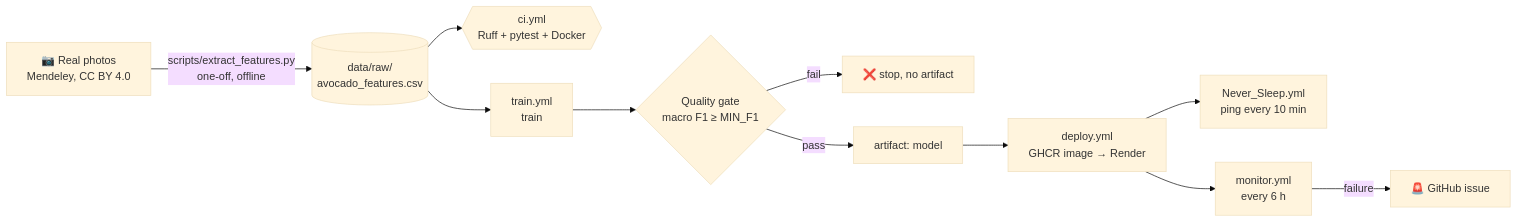
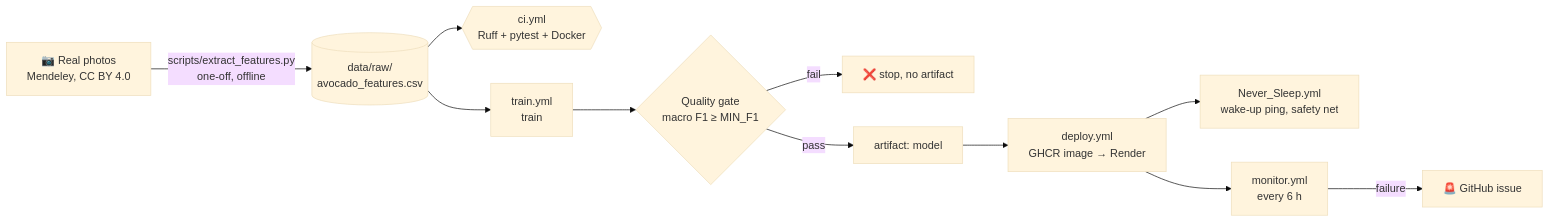
The diagram in docs/architecture.md (ALEMDJOU/ProjetGitHubDevDay), drawn with Mermaid (base theme) before and after one commit. The commit also changed other lines of this file and 5 other files, not shown here.

````diff
--- a/docs/architecture.md
+++ b/docs/architecture.md
@@ -5,13 +5,13 @@
 ```mermaid
 flowchart LR
     A[📷 Real photos<br/>Mendeley, CC BY 4.0] -->|scripts/extract_features.py<br/>one-off, offline| B[(data/raw/<br/>avocado_features.csv)]
     B --> C{{ci.yml<br/>Ruff + pytest + Docker}}
     B --> D[train.yml<br/>train]
     D --> E{Quality gate<br/>macro F1 ≥ MIN_F1}
     E -- fail --> X[❌ stop, no artifact]
     E -- pass --> F[artifact: model]
     F --> G[deploy.yml<br/>GHCR image → Render]
-    G --> K[Never_Sleep.yml<br/>ping every 10 min]
+    G --> K[Never_Sleep.yml<br/>wake-up ping, safety net]
     G --> H[monitor.yml<br/>every 6 h]
     H -- failure --> I[🚨 GitHub issue]
 ```
````
